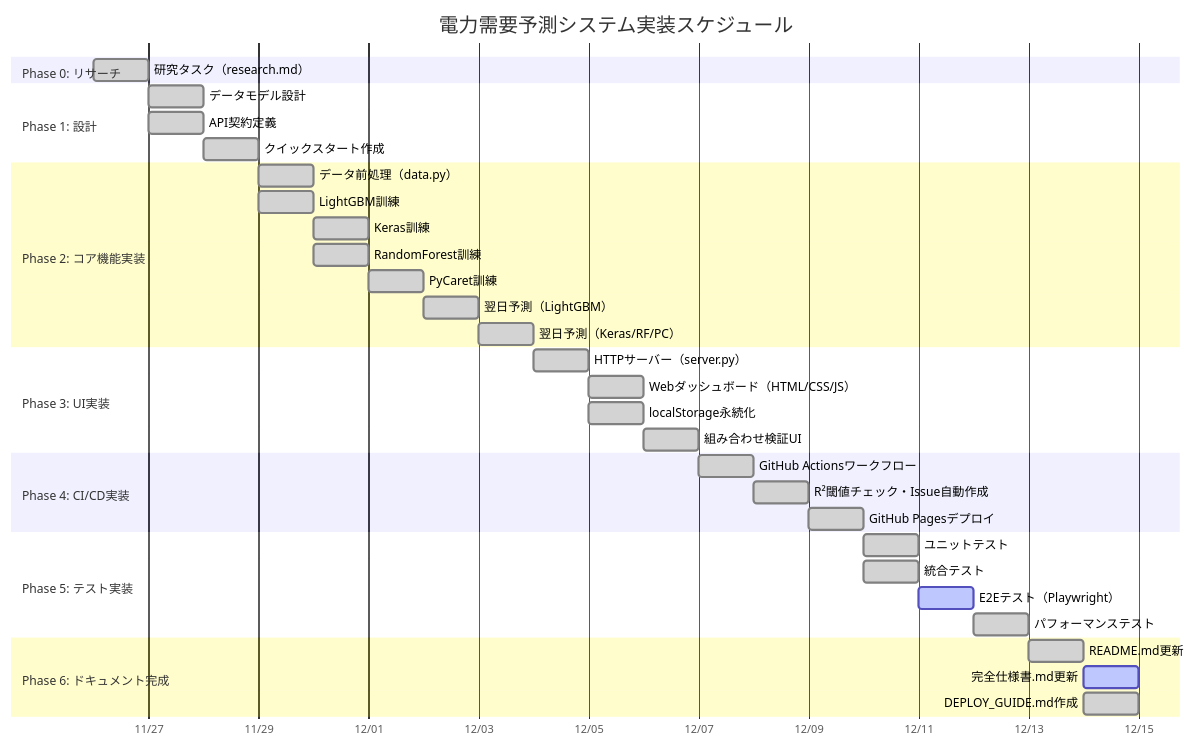
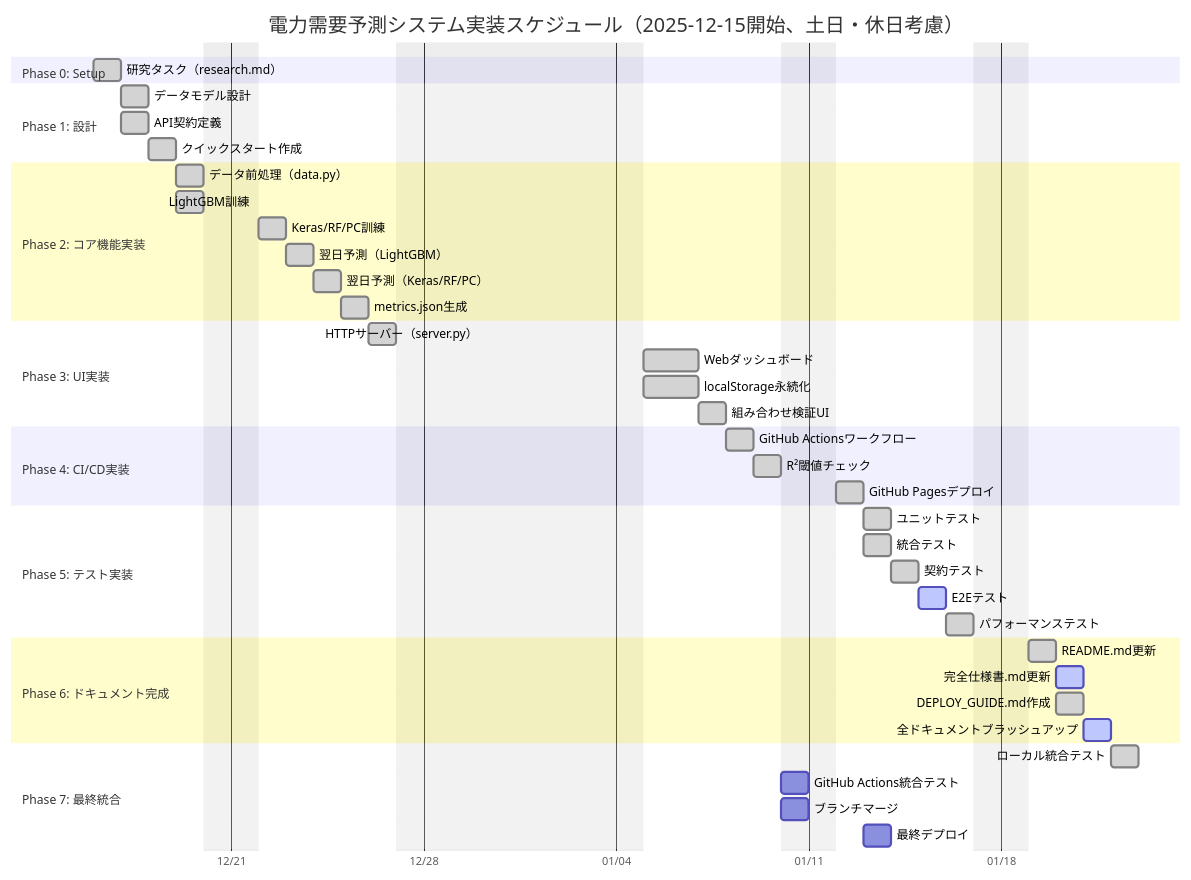
Before and after one commit to J1921604/Power-Demand-Forecast: the diagram in specs/001-Power-Demand-Forecast/plan.md, drawn with Mermaid. The commit also changed other lines of this file and 5 other files, not shown here.

````diff
--- a/specs/001-Power-Demand-Forecast/plan.md
+++ b/specs/001-Power-Demand-Forecast/plan.md
@@ -623,45 +623,53 @@
 ```mermaid
 gantt
-    title 電力需要予測システム実装スケジュール
+    title 電力需要予測システム実装スケジュール（2025-12-15開始、土日・休日考慮）
     dateFormat YYYY-MM-DD
+    excludes weekends 2025-12-28 2025-12-29 2025-12-30 2025-12-31 2026-01-01 2026-01-02 2026-01-03
     axisFormat %m/%d
-    
-    section Phase 0: リサーチ
-    研究タスク（research.md）           :done, p0, 2025-11-26, 1d
-    
+  
+    section Phase 0: Setup
+    研究タスク（research.md）           :done, p0, 2025-12-16, 1d
+  
     section Phase 1: 設計
-    データモデル設計                    :done, p1, after p0, 1d
+    データモデル設計                    :done, p1_1, after p0, 1d
     API契約定義                         :done, p1_2, after p0, 1d
     クイックスタート作成                :done, p1_3, after p1_2, 1d
-    
+  
     section Phase 2: コア機能実装
     データ前処理（data.py）             :done, p2_1, after p1_3, 1d
     LightGBM訓練                        :done, p2_2, after p1_3, 1d
-    Keras訓練                           :done, p2_3, after p2_2, 1d
-    RandomForest訓練                    :done, p2_4, after p2_2, 1d
-    PyCaret訓練                         :done, p2_5, after p2_4, 1d
-    翌日予測（LightGBM）                :done, p2_6, after p2_5, 1d
-    翌日予測（Keras/RF/PC）             :done, p2_7, after p2_6, 1d
-    
+    Keras/RF/PC訓練                     :done, p2_3, after p2_2, 1d
+    翌日予測（LightGBM）                :done, p2_4, after p2_3, 1d
+    翌日予測（Keras/RF/PC）             :done, p2_5, after p2_4, 1d
+    metrics.json生成                    :done, p2_6, after p2_5, 1d
+  
     section Phase 3: UI実装
-    HTTPサーバー（server.py）           :done, p3_1, after p2_7, 1d
-    Webダッシュボード（HTML/CSS/JS）    :done, p3_2, after p3_1, 1d
-    localStorage永続化                  :done, p3_3, after p3_1, 1d
+    HTTPサーバー（server.py）           :done, p3_1, after p2_6, 1d
+    Webダッシュボード                   :done, p3_2, after p3_1, 2d
+    localStorage永続化                  :done, p3_3, after p3_1, 2d
     組み合わせ検証UI                    :done, p3_4, after p3_3, 1d
-    
+  
     section Phase 4: CI/CD実装
     GitHub Actionsワークフロー           :done, p4_1, after p3_4, 1d
-    R²閾値チェック・Issue自動作成        :done, p4_2, after p4_1, 1d
+    R²閾値チェック                      :done, p4_2, after p4_1, 1d
     GitHub Pagesデプロイ                 :done, p4_3, after p4_2, 1d
-    
+  
     section Phase 5: テスト実装
     ユニットテスト                      :done, p5_1, after p4_3, 1d
     統合テスト                          :done, p5_2, after p4_3, 1d
-    E2Eテスト（Playwright）             :active, p5_3, after p5_2, 1d
-    パフォーマンステスト                :done, p5_4, after p5_3, 1d
-    
+    契約テスト                          :done, p5_3, after p5_2, 1d
+    E2Eテスト                           :active, p5_4, after p5_3, 1d
+    パフォーマンステスト                :done, p5_5, after p5_4, 1d
+  
     section Phase 6: ドキュメント完成
-    README.md更新                       :done, p6_1, after p5_4, 1d
+    README.md更新                       :done, p6_1, after p5_5, 1d
     完全仕様書.md更新                   :active, p6_2, after p6_1, 1d
     DEPLOY_GUIDE.md作成                 :done, p6_3, after p6_1, 1d
+    全ドキュメントブラッシュアップ      :active, p6_4, after p6_3, 1d
+  
+    section Phase 7: 最終統合
+    ローカル統合テスト                  :done, p7_1, after p6_4, 1d
+    GitHub Actions統合テスト             :p7_2, 2026-01-10, 1d
+    ブランチマージ                      :p7_3, 2026-01-10, 1d
+    最終デプロイ                        :p7_4, 2026-01-13, 1d
 ```
````
